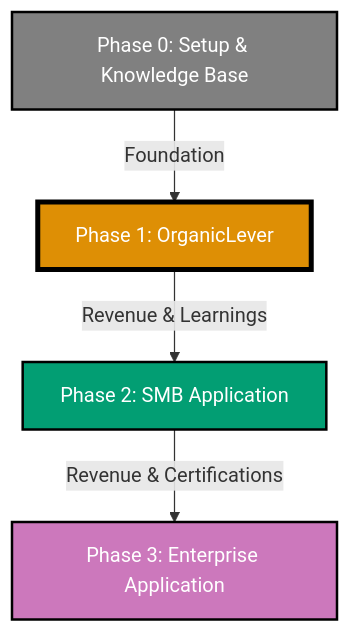
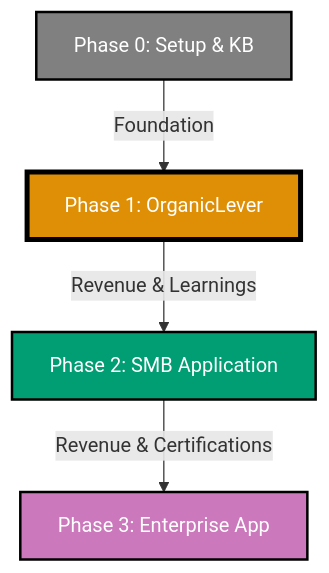
Before and after one commit to wahidyankf/open-sharia-enterprise: the diagram in apps/ose-web/content/about.md, drawn with Mermaid. The commit also changed 5 other files, not shown here.

First line of the commit message:
fix(diagrams): fix pre-existing Mermaid violations exposed by rename

````diff
--- a/apps/ose-web/content/about.md
+++ b/apps/ose-web/content/about.md
@@ -75,18 +75,18 @@
 ```mermaid
 %% Color Palette: Gray #808080 (done), Orange #DE8F05 (current), Teal #029E73, Purple #CC78BC
 %% Phase 0: Done | Phase 1: Current | Phase 2-3: Future
 graph TD
-    P0["Phase 0: Setup & Knowledge Base"]:::done
+    P0["Phase 0: Setup & KB"]:::done
     P1["Phase 1: OrganicLever"]:::current
     P2["Phase 2: SMB Application"]:::future1
-    P3["Phase 3: Enterprise Application"]:::future2
+    P3["Phase 3: Enterprise App"]:::future2
 
     P0 -->|"Foundation"| P1
     P1 -->|"Revenue & Learnings"| P2
     P2 -->|"Revenue & Certifications"| P3
 
     classDef done fill:#808080,stroke:#000000,color:#FFFFFF,stroke-width:2px
     classDef current fill:#DE8F05,stroke:#000000,color:#FFFFFF,stroke-width:4px
     classDef future1 fill:#029E73,stroke:#000000,color:#FFFFFF,stroke-width:2px
     classDef future2 fill:#CC78BC,stroke:#000000,color:#FFFFFF,stroke-width:2px
 ```
````
